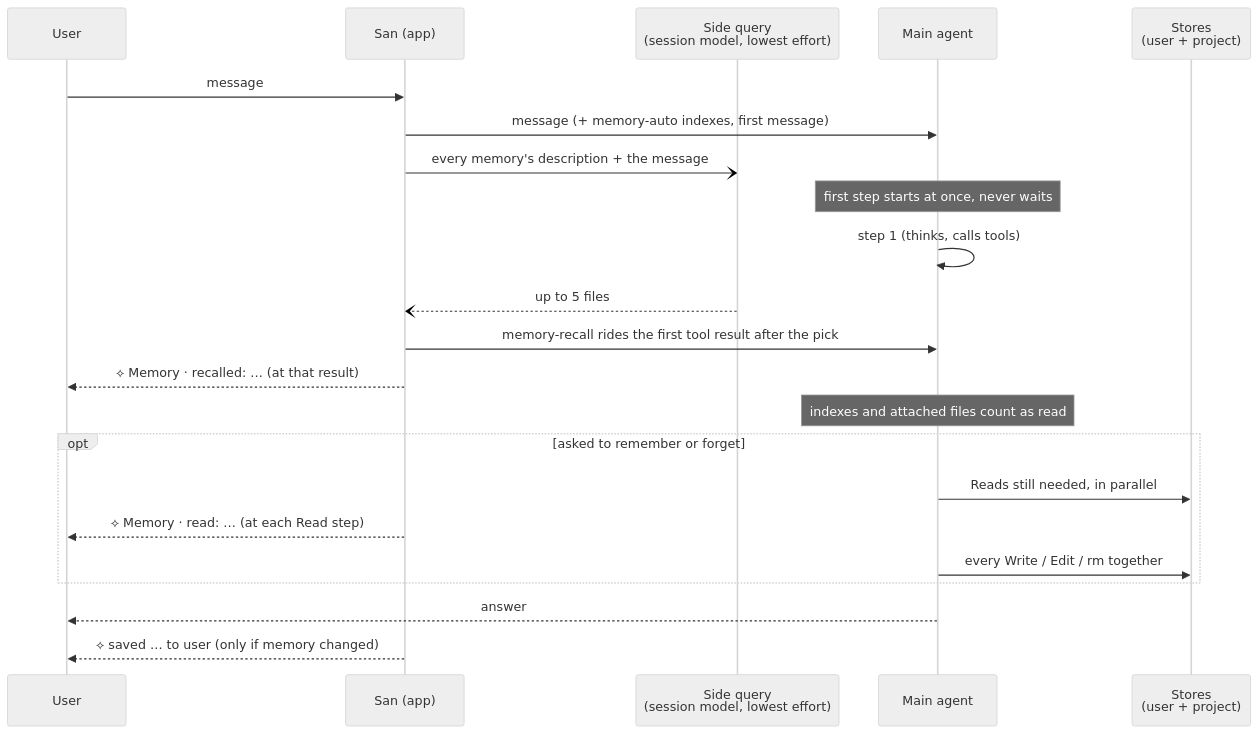
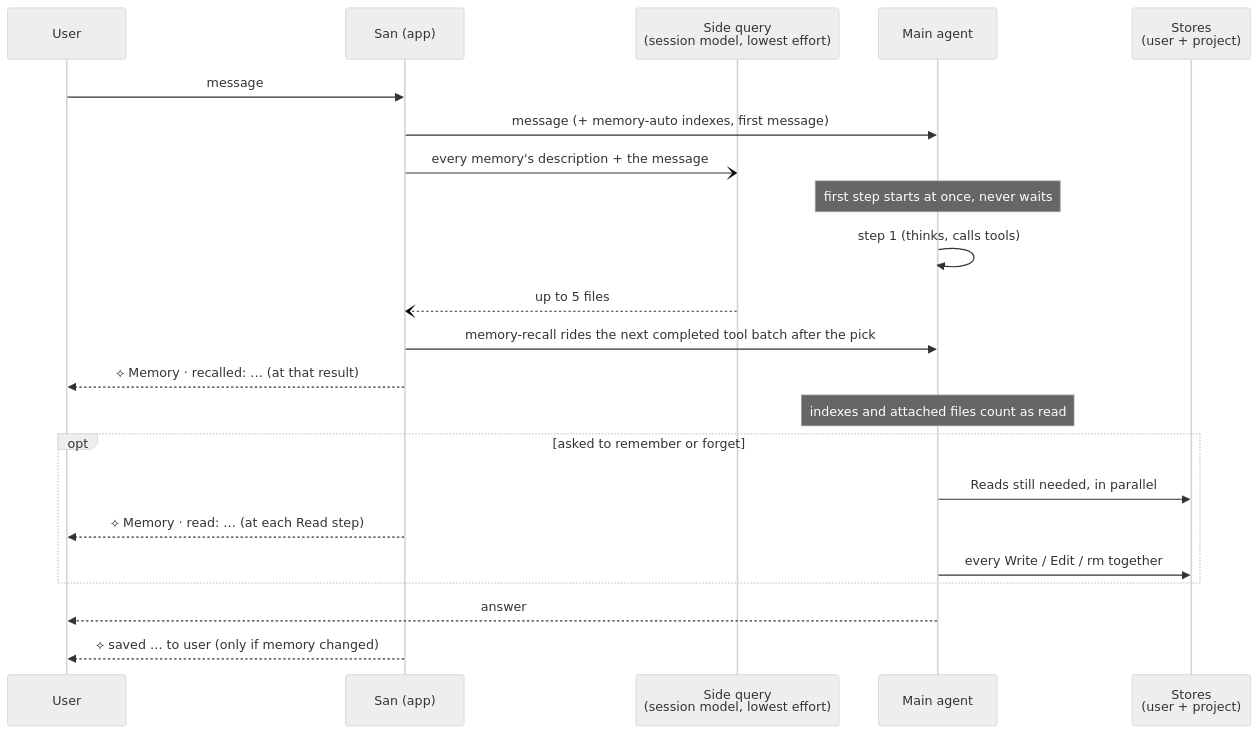
Before and after one commit to genai-io/san: the diagram in docs/concepts/auto-memory.md, drawn with Mermaid (neutral theme). The commit also changed other lines of this file and 3 other files, not shown here.

First line of the commit message:
fix(memory): prioritize recall and deduplicate parallel reads (#780)

````diff
--- a/docs/concepts/auto-memory.md
+++ b/docs/concepts/auto-memory.md
@@ -44,25 +44,25 @@
 ```mermaid
 sequenceDiagram
     participant U as User
     participant App as San (app)
     participant Sel as Side query<br/>(session model, lowest effort)
     participant A as Main agent
     participant S as Stores<br/>(user + project)
 
     U->>App: message
     App->>A: message (+ memory-auto indexes, first message)
     App-)Sel: every memory's description + the message
     Note over A: first step starts at once, never waits
     A->>A: step 1 (thinks, calls tools)
     Sel--)App: up to 5 files
-    App->>A: memory-recall rides the first tool result after the pick
+    App->>A: memory-recall rides the next completed tool batch after the pick
     App-->>U: ⟡ Memory · recalled: … (at that result)
     Note over A: indexes and attached files count as read
     opt asked to remember or forget
         A->>S: Reads still needed, in parallel
         App-->>U: ⟡ Memory · read: … (at each Read step)
         A->>S: every Write / Edit / rm together
     end
     A-->>U: answer
     App-->>U: ⟡ saved … to user (only if memory changed)
 ```
````
